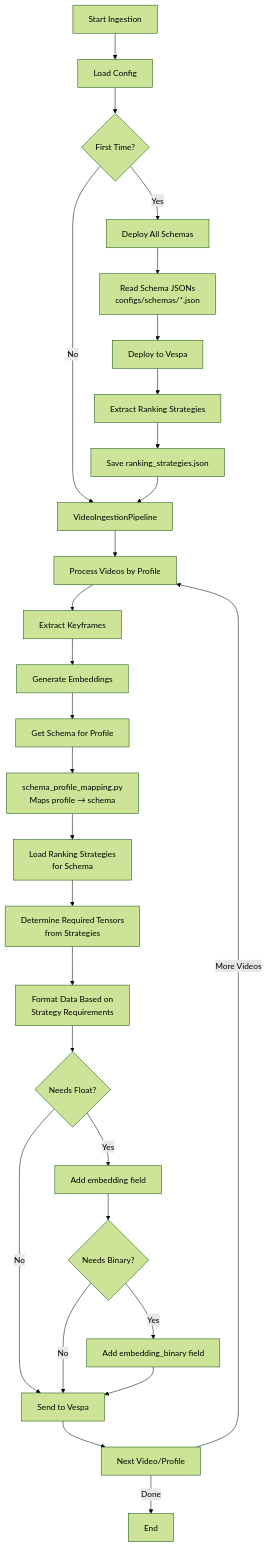
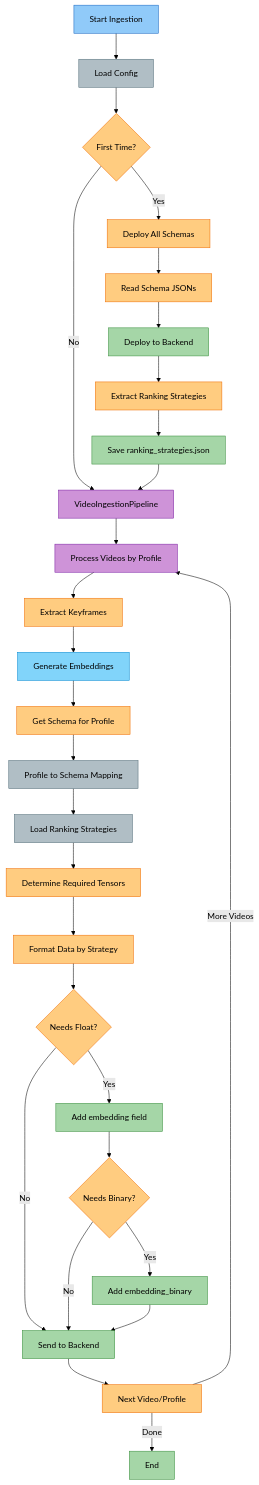
The second of 3 diagrams in docs/architecture/schema_driven_flow.md (amit-jain/cogniverse), drawn with Mermaid (forest theme) before and after one commit. The commit also changed other lines of this file and 83 other files, not shown here.

First line of the commit message:
Fix documentation veracity, formatting, and diagrams across all modules

````diff
--- a/docs/architecture/schema_driven_flow.md
+++ b/docs/architecture/schema_driven_flow.md
@@ -44,35 +61,60 @@
 ```mermaid
-graph TD
-    A[Start Ingestion] --> B[Load Config]
-    B --> C{First Time?}
+flowchart TD
+    A[<span style='color:#000'>Start Ingestion</span>] --> B[<span style='color:#000'>Load Config</span>]
+    B --> C{<span style='color:#000'>First Time?</span>}
 
-    C -->|Yes| D[Deploy All Schemas]
-    C -->|No| E[VideoIngestionPipeline]
+    C -->|Yes| D[<span style='color:#000'>Deploy All Schemas</span>]
+    C -->|No| E[<span style='color:#000'>VideoIngestionPipeline</span>]
 
-    D --> D1[Read Schema JSONs<br/>configs/schemas/*.json]
-    D1 --> D2[Deploy to Vespa]
-    D2 --> D3[Extract Ranking Strategies]
-    D3 --> D4[Save ranking_strategies.json]
+    D --> D1[<span style='color:#000'>Read Schema JSONs</span>]
+    D1 --> D2[<span style='color:#000'>Deploy to Backend</span>]
+    D2 --> D3[<span style='color:#000'>Extract Ranking Strategies</span>]
+    D3 --> D4[<span style='color:#000'>Save ranking_strategies.json</span>]
     D4 --> E
 
-    E --> F[Process Videos by Profile]
-    F --> G[Extract Keyframes]
-    G --> H[Generate Embeddings]
-    H --> I[Get Schema for Profile]
+    E --> F[<span style='color:#000'>Process Videos by Profile</span>]
+    F --> G[<span style='color:#000'>Extract Keyframes</span>]
+    G --> H[<span style='color:#000'>Generate Embeddings</span>]
+    H --> I[<span style='color:#000'>Get Schema for Profile</span>]
 
-    I --> I1[schema_profile_mapping.py<br/>Maps profile → schema]
-    I1 --> I2[Load Ranking Strategies<br/>for Schema]
-    I2 --> I3[Determine Required Tensors<br/>from Strategies]
+    I --> I1[<span style='color:#000'>Profile to Schema Mapping</span>]
+    I1 --> I2[<span style='color:#000'>Load Ranking Strategies</span>]
+    I2 --> I3[<span style='color:#000'>Determine Required Tensors</span>]
 
-    I3 --> J[Format Data Based on<br/>Strategy Requirements]
-    J --> J1{Needs Float?}
-    J1 -->|Yes| J2[Add embedding field]
+    I3 --> J[<span style='color:#000'>Format Data by Strategy</span>]
+    J --> J1{<span style='color:#000'>Needs Float?</span>}
+    J1 -->|Yes| J2[<span style='color:#000'>Add embedding field</span>]
     J1 -->|No| K
-    J2 --> J3{Needs Binary?}
-    J3 -->|Yes| J4[Add embedding_binary field]
+    J2 --> J3{<span style='color:#000'>Needs Binary?</span>}
+    J3 -->|Yes| J4[<span style='color:#000'>Add embedding_binary</span>]
     J3 -->|No| K
-    J4 --> K[Send to Vespa]
-    K --> L[Next Video/Profile]
+    J4 --> K[<span style='color:#000'>Send to Backend</span>]
+    K --> L[<span style='color:#000'>Next Video/Profile</span>]
     L -->|More Videos| F
-    L -->|Done| M[End]
+    L -->|Done| M[<span style='color:#000'>End</span>]
+
+    style A fill:#90caf9,stroke:#1565c0,color:#000
+    style B fill:#b0bec5,stroke:#546e7a,color:#000
+    style C fill:#ffcc80,stroke:#ef6c00,color:#000
+    style D fill:#ffcc80,stroke:#ef6c00,color:#000
+    style D1 fill:#ffcc80,stroke:#ef6c00,color:#000
+    style D2 fill:#a5d6a7,stroke:#388e3c,color:#000
+    style D3 fill:#ffcc80,stroke:#ef6c00,color:#000
+    style D4 fill:#a5d6a7,stroke:#388e3c,color:#000
+    style E fill:#ce93d8,stroke:#7b1fa2,color:#000
+    style F fill:#ce93d8,stroke:#7b1fa2,color:#000
+    style G fill:#ffcc80,stroke:#ef6c00,color:#000
+    style H fill:#81d4fa,stroke:#0288d1,color:#000
+    style I fill:#ffcc80,stroke:#ef6c00,color:#000
+    style I1 fill:#b0bec5,stroke:#546e7a,color:#000
+    style I2 fill:#b0bec5,stroke:#546e7a,color:#000
+    style I3 fill:#ffcc80,stroke:#ef6c00,color:#000
+    style J fill:#ffcc80,stroke:#ef6c00,color:#000
+    style J1 fill:#ffcc80,stroke:#ef6c00,color:#000
+    style J2 fill:#a5d6a7,stroke:#388e3c,color:#000
+    style J3 fill:#ffcc80,stroke:#ef6c00,color:#000
+    style J4 fill:#a5d6a7,stroke:#388e3c,color:#000
+    style K fill:#a5d6a7,stroke:#388e3c,color:#000
+    style L fill:#ffcc80,stroke:#ef6c00,color:#000
+    style M fill:#a5d6a7,stroke:#388e3c,color:#000
 ```
````
